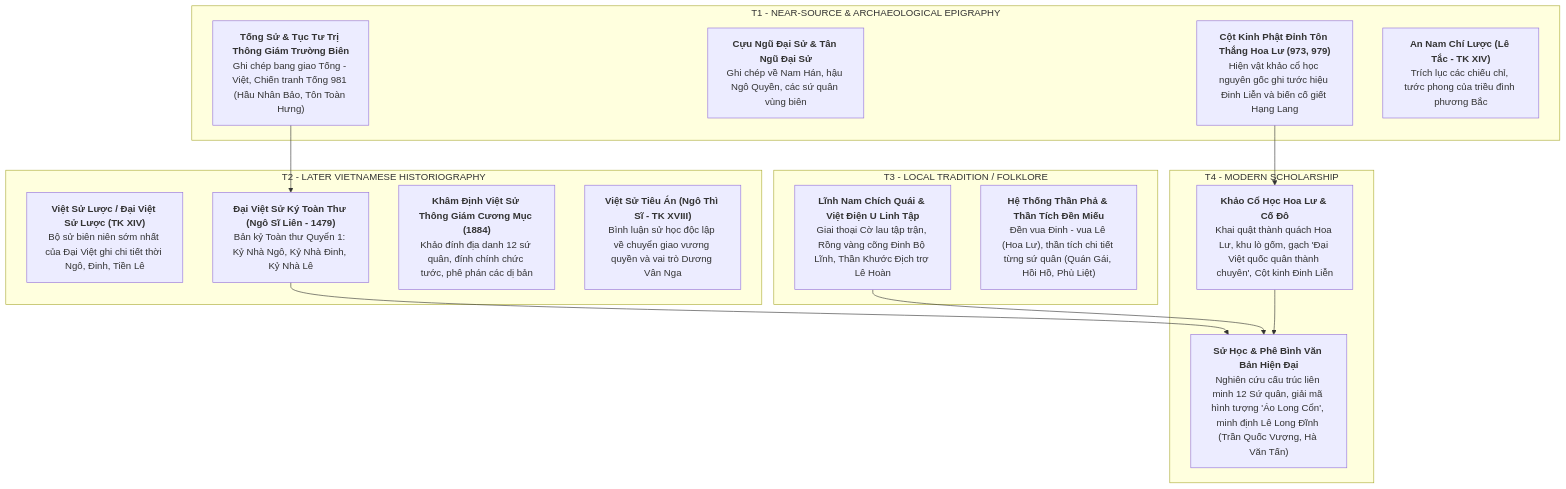
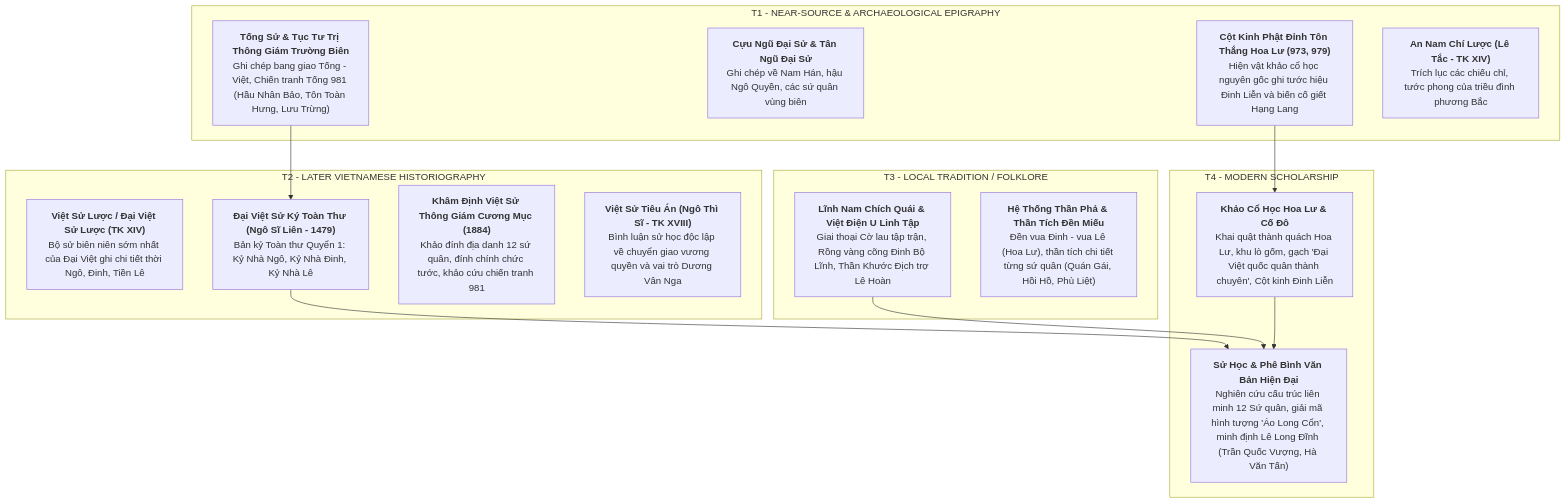
One commit to LightDucan/HuyenSu-TD changed the first of 2 diagrams in docs/drafts/viet-su/939-1009/sources.md. Above: the diagram before and after it, drawn with Mermaid. The commit also changed other lines of this file and 3 other files, not shown here.

````diff
--- a/docs/drafts/viet-su/939-1009/sources.md
+++ b/docs/drafts/viet-su/939-1009/sources.md
@@ -13,32 +13,32 @@
 ```mermaid
 graph TD
     subgraph T1 - NEAR-SOURCE & ARCHAEOLOGICAL EPIGRAPHY
-        T1_1["<b>Tống Sử & Tục Tư Trị Thông Giám Trường Biên</b><br>Ghi chép bang giao Tống - Việt, Chiến tranh Tống 981 (Hầu Nhân Bảo, Tôn Toàn Hưng)"]
+        T1_1["<b>Tống Sử & Tục Tư Trị Thông Giám Trường Biên</b><br>Ghi chép bang giao Tống - Việt, Chiến tranh Tống 981 (Hầu Nhân Bảo, Tôn Toàn Hưng, Lưu Trừng)"]
         T1_2["<b>Cựu Ngũ Đại Sử & Tân Ngũ Đại Sử</b><br>Ghi chép về Nam Hán, hậu Ngô Quyền, các sứ quân vùng biên"]
         T1_3["<b>Cột Kinh Phật Đỉnh Tôn Thắng Hoa Lư (973, 979)</b><br>Hiện vật khảo cổ học nguyên gốc ghi tước hiệu Đinh Liễn và biến cố giết Hạng Lang"]
         T1_4["<b>An Nam Chí Lược (Lê Tắc - TK XIV)</b><br>Trích lục các chiếu chỉ, tước phong của triều đình phương Bắc"]
     end
 
     subgraph T2 - LATER VIETNAMESE HISTORIOGRAPHY
         T2_1["<b>Việt Sử Lược / Đại Việt Sử Lược (TK XIV)</b><br>Bộ sử biên niên sớm nhất của Đại Việt ghi chi tiết thời Ngô, Đinh, Tiền Lê"]
         T2_2["<b>Đại Việt Sử Ký Toàn Thư (Ngô Sĩ Liên - 1479)</b><br>Bản kỷ Toàn thư Quyển 1: Kỷ Nhà Ngô, Kỷ Nhà Đinh, Kỷ Nhà Lê"]
-        T2_3["<b>Khâm Định Việt Sử Thông Giám Cương Mục (1884)</b><br>Khảo đính địa danh 12 sứ quân, đính chính chức tước, phê phán các dị bản"]
+        T2_3["<b>Khâm Định Việt Sử Thông Giám Cương Mục (1884)</b><br>Khảo đính địa danh 12 sứ quân, đính chính chức tước, khảo cứu chiến tranh 981"]
         T2_4["<b>Việt Sử Tiêu Án (Ngô Thì Sĩ - TK XVIII)</b><br>Bình luận sử học độc lập về chuyển giao vương quyền và vai trò Dương Vân Nga"]
     end
 
     subgraph T3 - LOCAL TRADITION / FOLKLORE
         T3_1["<b>Lĩnh Nam Chích Quái & Việt Điện U Linh Tập</b><br>Giai thoại Cờ lau tập trận, Rồng vàng cõng Đinh Bộ Lĩnh, Thần Khước Địch trợ Lê Hoàn"]
         T3_2["<b>Hệ Thống Thần Phả & Thần Tích Đền Miếu</b><br>Đền vua Đinh - vua Lê (Hoa Lư), thần tích chi tiết từng sứ quân (Quán Gái, Hồi Hồ, Phù Liệt)"]
     end
 
     subgraph T4 - MODERN SCHOLARSHIP
         T4_1["<b>Khảo Cổ Học Hoa Lư & Cố Đô</b><br>Khai quật thành quách Hoa Lư, khu lò gốm, gạch 'Đại Việt quốc quân thành chuyên', Cột kinh Đinh Liễn"]
         T4_2["<b>Sử Học & Phê Bình Văn Bản Hiện Đại</b><br>Nghiên cứu cấu trúc liên minh 12 Sứ quân, giải mã hình tượng 'Áo Long Cổn', minh định Lê Long Đĩnh (Trần Quốc Vượng, Hà Văn Tấn)"]
     end
 
     T1_1 --> T2_2
     T1_3 --> T4_1
     T2_2 --> T4_2
     T3_1 --> T4_2
     T4_1 --> T4_2
 ```
````
